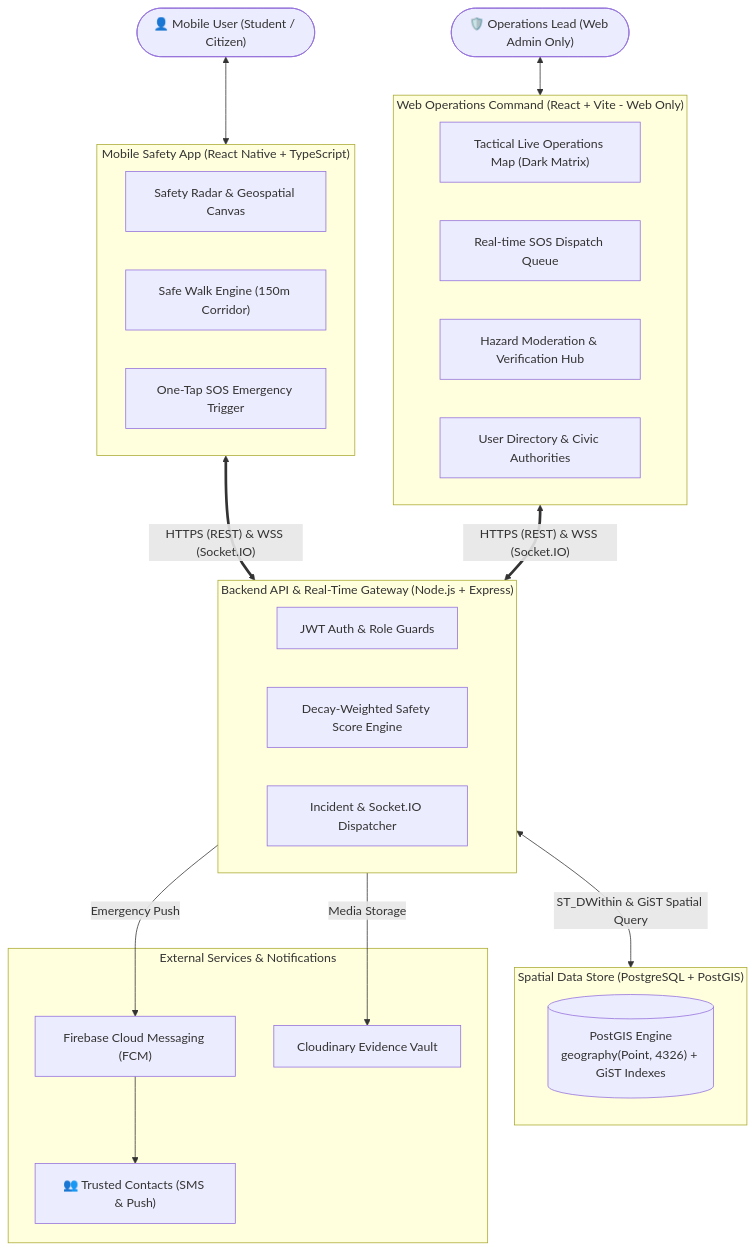
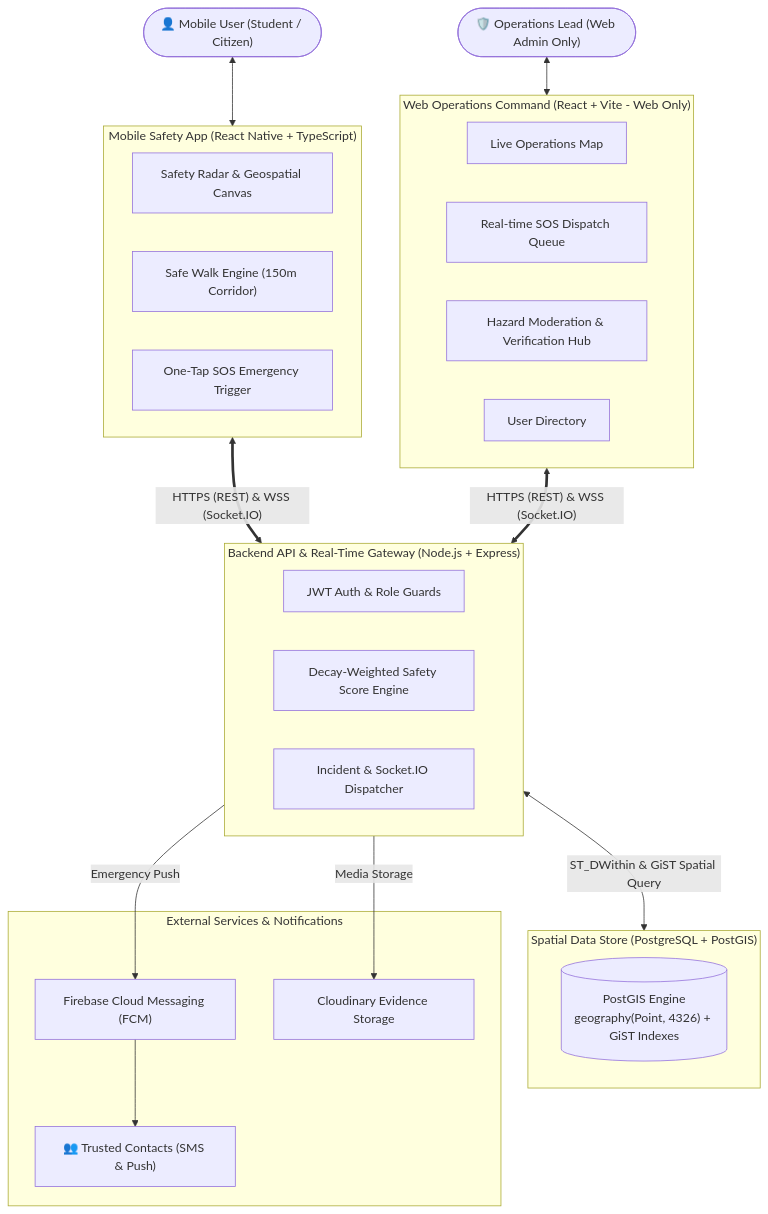
The diagram in README.md (safora-safety/Safora), drawn with Mermaid before and after one commit. The commit also changed other lines of this file and 121 other files, not shown here.

````diff
--- a/README.md
+++ b/README.md
@@ -24,43 +24,43 @@
 ```mermaid
 flowchart TD
     User(["👤 Mobile User (Student / Citizen)"])
     Admin(["🛡️ Operations Lead (Web Admin Only)"])
-    
+
     subgraph MobileApp ["Mobile Safety App (React Native + TypeScript)"]
         Radar["Safety Radar & Geospatial Canvas"]
         SafeWalk["Safe Walk Engine (150m Corridor)"]
         SOS["One-Tap SOS Emergency Trigger"]
     end
 
     subgraph WebAdmin ["Web Operations Command (React + Vite - Web Only)"]
-        CommandMap["Tactical Live Operations Map (Dark Matrix)"]
+        CommandMap["Live Operations Map"]
         IncidentQueue["Real-time SOS Dispatch Queue"]
         Moderation["Hazard Moderation & Verification Hub"]
-        UserMgmt["User Directory & Civic Authorities"]
+        UserMgmt["User Directory"]
     end
-    
+
     subgraph BackendGateway ["Backend API & Real-Time Gateway (Node.js + Express)"]
         Auth["JWT Auth & Role Guards"]
         ScoreEngine["Decay-Weighted Safety Score Engine"]
         IncidentMgr["Incident & Socket.IO Dispatcher"]
     end
-    
+
     subgraph SpatialDB ["Spatial Data Store (PostgreSQL + PostGIS)"]
         PostGIS[("PostGIS Engine<br/>geography(Point, 4326) + GiST Indexes")]
     end
-    
+
     subgraph ExternalServices ["External Services & Notifications"]
         FCM["Firebase Cloud Messaging (FCM)"]
-        Cloudinary["Cloudinary Evidence Vault"]
+        Cloudinary["Cloudinary Evidence Storage"]
         Contacts["👥 Trusted Contacts (SMS & Push)"]
     end
 
     User <--> MobileApp
     Admin <--> WebAdmin
     MobileApp <==>|"HTTPS (REST) & WSS (Socket.IO)"| BackendGateway
     WebAdmin <==>|"HTTPS (REST) & WSS (Socket.IO)"| BackendGateway
     BackendGateway <-->|"ST_DWithin & GiST Spatial Query"| SpatialDB
     BackendGateway -->|"Emergency Push"| FCM
     BackendGateway -->|"Media Storage"| Cloudinary
     FCM --> Contacts
 ```
````
